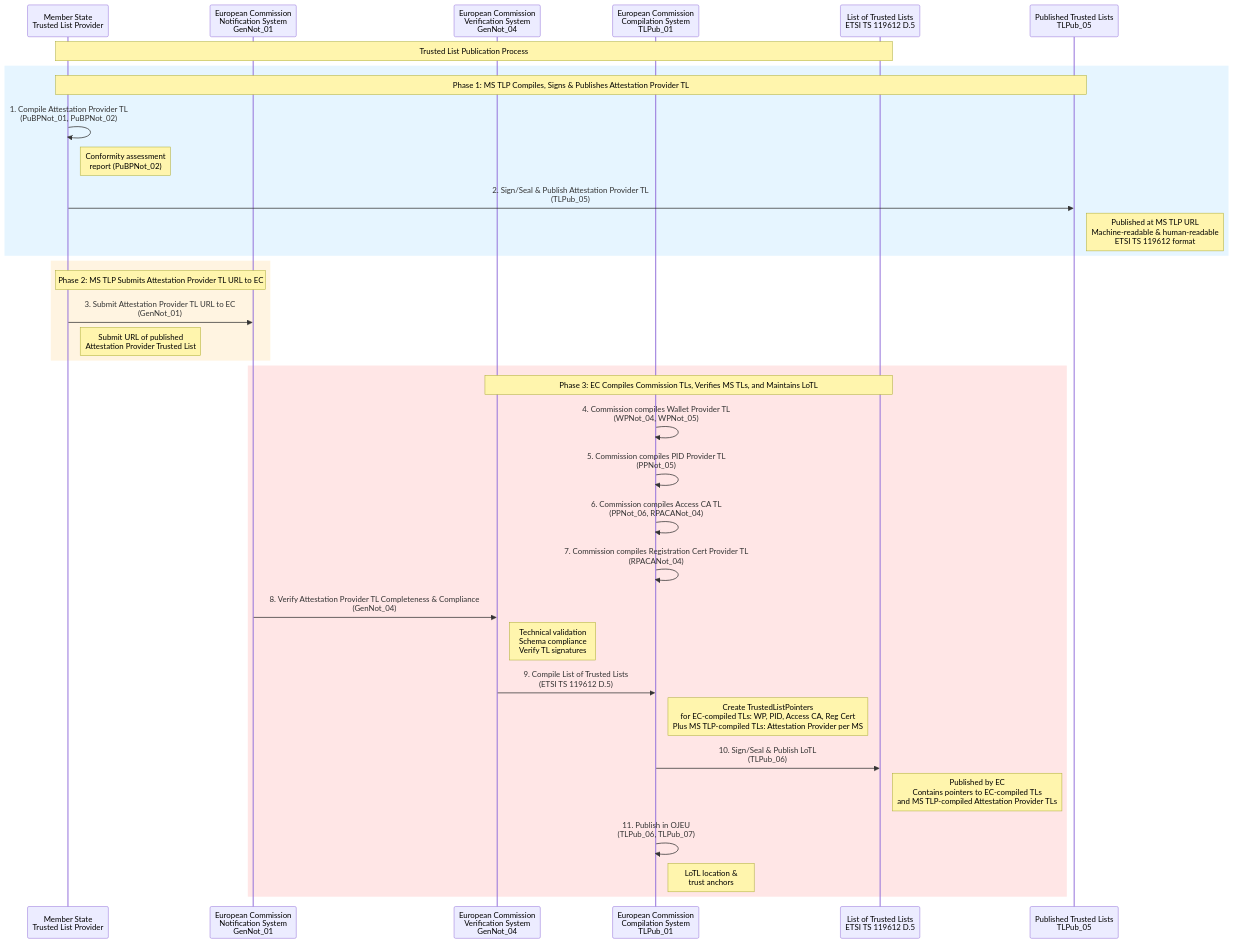
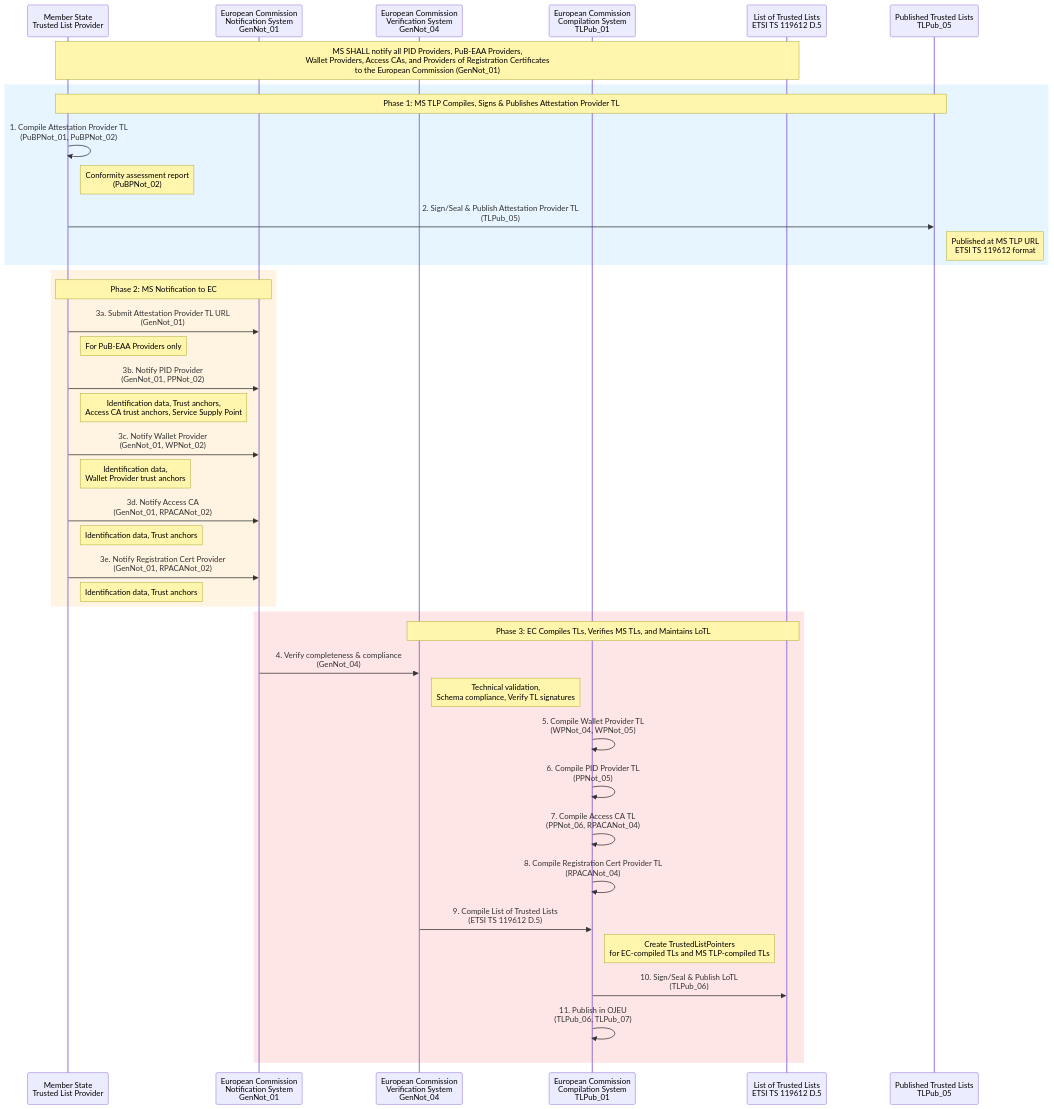
Before and after one commit to webuild-consortium/wp4-trust-group: the fourth of 7 diagrams in task2-trust-framework/trust-infrastructure-schema.md, drawn with Mermaid. The commit also changed other lines of this file, not shown here.

Commit message:
fix: trust infra giada and stefano comments on further generalizations

````diff
--- a/task2-trust-framework/trust-infrastructure-schema.md
+++ b/task2-trust-framework/trust-infrastructure-schema.md
@@ -469,46 +470,53 @@
 ```mermaid
 sequenceDiagram
-    participant MS as Member State<br/>Trusted List Provider
-    participant ECNotify as European Commission<br/>Notification System<br/>GenNot_01
-    participant ECVerify as European Commission<br/>Verification System<br/>GenNot_04
-    participant ECCompile as European Commission<br/>Compilation System<br/>TLPub_01
-    participant LoTL as List of Trusted Lists<br/>ETSI TS 119612 D.5
-    participant TL as Published Trusted Lists<br/>TLPub_05
-
-    Note over MS,LoTL: Trusted List Publication Process
-
-    rect rgb(230, 245, 255)
-        Note over MS,TL: Phase 1: MS TLP Compiles, Signs & Publishes Attestation Provider TL
-        MS->>MS: 1. Compile Attestation Provider TL<br/>(PuBPNot_01, PuBPNot_02)
-        Note right of MS: Conformity assessment<br/>report (PuBPNot_02)
-        
-        MS->>TL: 2. Sign/Seal & Publish Attestation Provider TL<br/>(TLPub_05)
-        Note right of TL: Published at MS TLP URL<br/>Machine-readable & human-readable<br/>ETSI TS 119612 format
-    end
-
-    rect rgb(255, 244, 225)
-        Note over MS,ECNotify: Phase 2: MS TLP Submits Attestation Provider TL URL to EC
-        MS->>ECNotify: 3. Submit Attestation Provider TL URL to EC<br/>(GenNot_01)
-        Note right of MS: Submit URL of published<br/>Attestation Provider Trusted List
-    end
-
-    rect rgb(255, 230, 230)
-        Note over ECVerify,LoTL: Phase 3: EC Compiles Commission TLs, Verifies MS TLs, and Maintains LoTL
-        ECCompile->>ECCompile: 4. Commission compiles Wallet Provider TL<br/>(WPNot_04, WPNot_05)
-        ECCompile->>ECCompile: 5. Commission compiles PID Provider TL<br/>(PPNot_05)
-        ECCompile->>ECCompile: 6. Commission compiles Access CA TL<br/>(PPNot_06, RPACANot_04)
-        ECCompile->>ECCompile: 7. Commission compiles Registration Cert Provider TL<br/>(RPACANot_04)
-        
-        ECNotify->>ECVerify: 8. Verify Attestation Provider TL Completeness & Compliance<br/>(GenNot_04)
-        Note right of ECVerify: Technical validation<br/>Schema compliance<br/>Verify TL signatures
-        
-        ECVerify->>ECCompile: 9. Compile List of Trusted Lists<br/>(ETSI TS 119612 D.5)
-        Note right of ECCompile: Create TrustedListPointers<br/>for EC-compiled TLs: WP, PID, Access CA, Reg Cert<br/>Plus MS TLP-compiled TLs: Attestation Provider per MS
-        
-        ECCompile->>LoTL: 10. Sign/Seal & Publish LoTL<br/>(TLPub_06)
-        Note right of LoTL: Published by EC<br/>Contains pointers to EC-compiled TLs<br/>and MS TLP-compiled Attestation Provider TLs
-        
-        ECCompile->>ECCompile: 11. Publish in OJEU<br/>(TLPub_06, TLPub_07)
-        Note right of ECCompile: LoTL location &<br/>trust anchors
-    end
+	participant MS as Member State<br/>Trusted List Provider
+	participant ECNotify as European Commission<br/>Notification System<br/>GenNot_01
+	participant ECVerify as European Commission<br/>Verification System<br/>GenNot_04
+	participant ECCompile as European Commission<br/>Compilation System<br/>TLPub_01
+	participant LoTL as List of Trusted Lists<br/>ETSI TS 119612 D.5
+	participant TL as Published Trusted Lists<br/>TLPub_05
+	Note over MS,LoTL: MS SHALL notify all PID Providers, PuB-EAA Providers,<br/>Wallet Providers, Access CAs, and Providers of Registration Certificates<br/>to the European Commission (GenNot_01)
+	
+	rect rgb(230, 245, 255)
+		Note over MS,TL: Phase 1: MS TLP Compiles, Signs & Publishes Attestation Provider TL
+		MS->>MS: 1. Compile Attestation Provider TL<br/>(PuBPNot_01, PuBPNot_02)
+		Note right of MS: Conformity assessment report<br/>(PuBPNot_02)
+		MS->>TL: 2. Sign/Seal & Publish Attestation Provider TL<br/>(TLPub_05)
+		Note right of TL: Published at MS TLP URL<br/>ETSI TS 119612 format
+	end
+	
+	rect rgb(255, 244, 225)
+		Note over MS,ECNotify: Phase 2: MS Notification to EC
+		MS->>ECNotify: 3a. Submit Attestation Provider TL URL<br/>(GenNot_01)
+		Note right of MS: For PuB-EAA Providers only
+		
+		MS->>ECNotify: 3b. Notify PID Provider<br/>(GenNot_01, PPNot_02)
+		Note right of MS: Identification data, Trust anchors,<br/>Access CA trust anchors, Service Supply Point
+		
+		MS->>ECNotify: 3c. Notify Wallet Provider<br/>(GenNot_01, WPNot_02)
+		Note right of MS: Identification data,<br/>Wallet Provider trust anchors
+		
+		MS->>ECNotify: 3d. Notify Access CA<br/>(GenNot_01, RPACANot_02)
+		Note right of MS: Identification data, Trust anchors
+		
+		MS->>ECNotify: 3e. Notify Registration Cert Provider<br/>(GenNot_01, RPACANot_02)
+		Note right of MS: Identification data, Trust anchors
+	end
+	
+	rect rgb(255, 230, 230)
+		Note over ECVerify,LoTL: Phase 3: EC Compiles TLs, Verifies MS TLs, and Maintains LoTL
+		ECNotify->>ECVerify: 4. Verify completeness & compliance<br/>(GenNot_04)
+		Note right of ECVerify: Technical validation,<br/>Schema compliance, Verify TL signatures
+		
+		ECCompile->>ECCompile: 5. Compile Wallet Provider TL<br/>(WPNot_04, WPNot_05)
+		ECCompile->>ECCompile: 6. Compile PID Provider TL<br/>(PPNot_05)
+		ECCompile->>ECCompile: 7. Compile Access CA TL<br/>(PPNot_06, RPACANot_04)
+		ECCompile->>ECCompile: 8. Compile Registration Cert Provider TL<br/>(RPACANot_04)
+		
+		ECVerify->>ECCompile: 9. Compile List of Trusted Lists<br/>(ETSI TS 119612 D.5)
+		Note right of ECCompile: Create TrustedListPointers<br/>for EC-compiled TLs and MS TLP-compiled TLs
+		
+		ECCompile->>LoTL: 10. Sign/Seal & Publish LoTL<br/>(TLPub_06)
+		ECCompile->>ECCompile: 11. Publish in OJEU<br/>(TLPub_06, TLPub_07)
+	end
 ```
````
